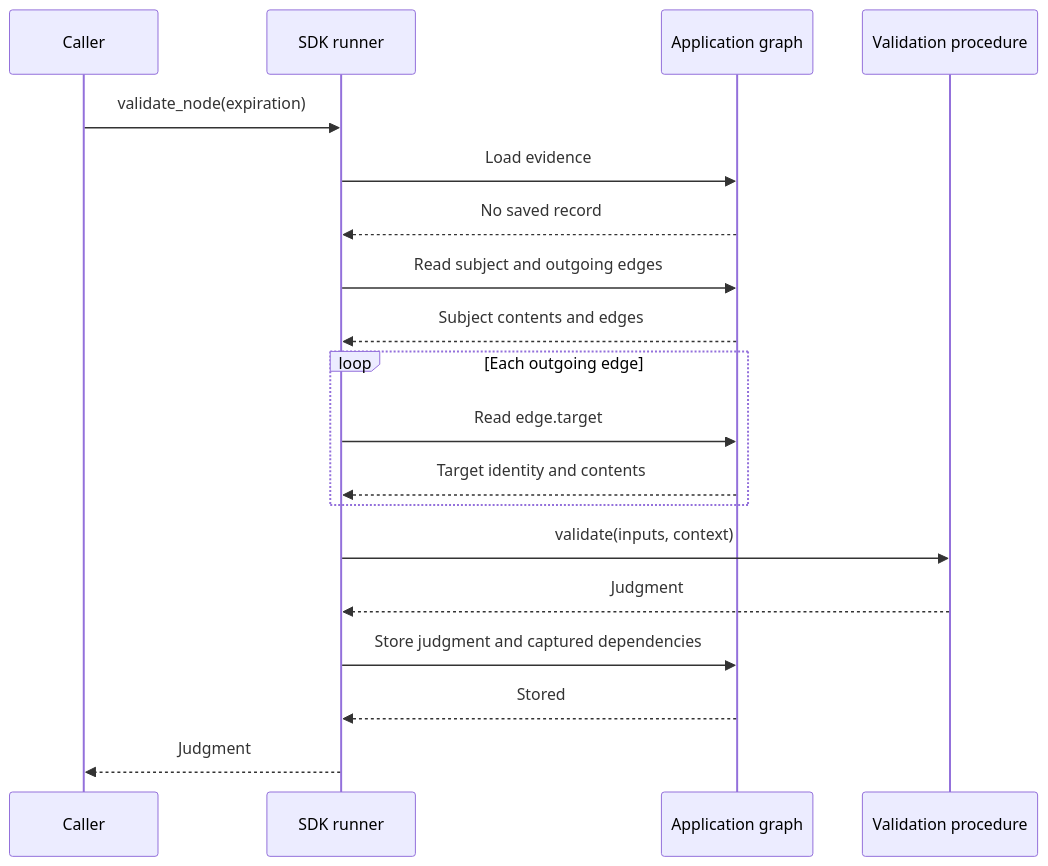
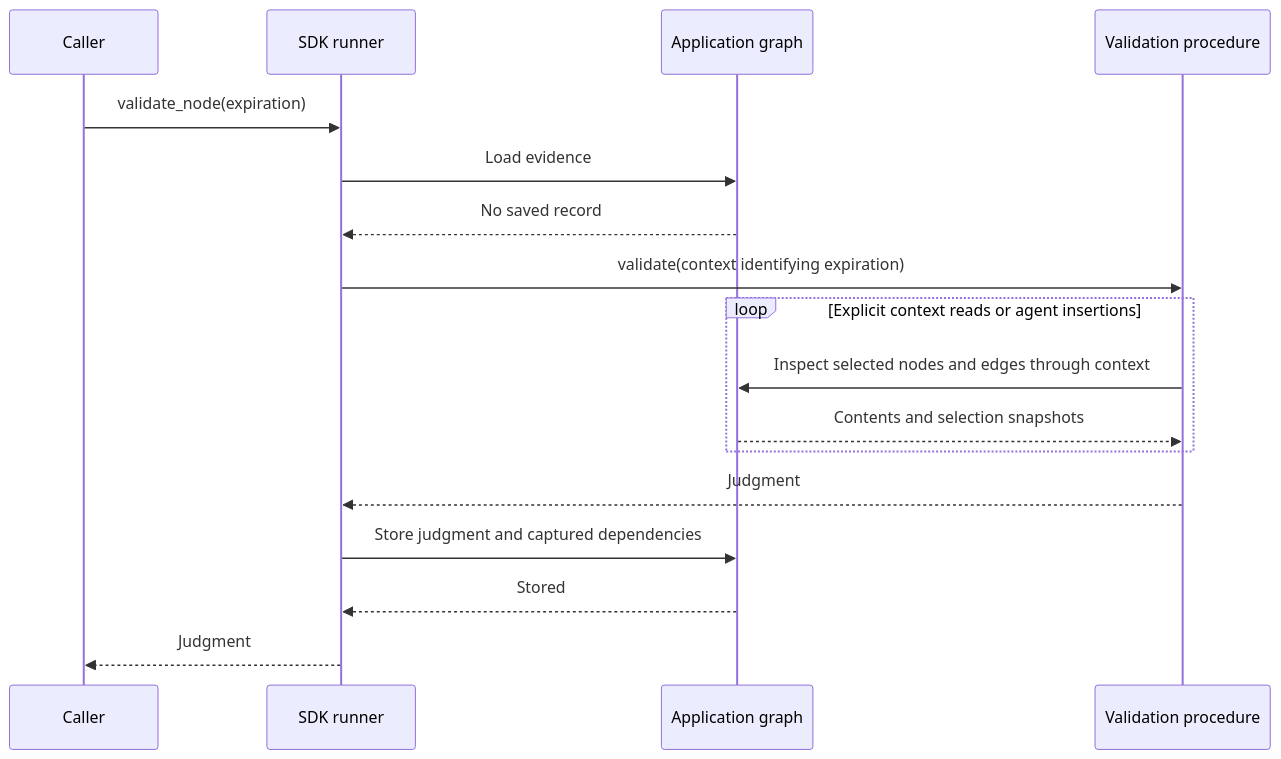
The first of 2 diagrams in md/requirements/sdk/graph/validation.md (nikomatsakis/habeas-codicem), drawn with Mermaid before and after one commit. The commit also changed other lines of this file and 11 other files, not shown here.

First line of the commit message:
Specify explicit SDK inputs and Habeas evidence compatibility

````diff
--- a/md/requirements/sdk/graph/validation.md
+++ b/md/requirements/sdk/graph/validation.md
@@ -30,21 +30,19 @@
 ```mermaid
 sequenceDiagram
     participant C as Caller
     participant R as SDK runner
     participant G as Application graph
     participant P as Validation procedure
     C->>R: validate_node(expiration)
     R->>G: Load evidence
     G-->>R: No saved record
-    R->>G: Read subject and outgoing edges
-    G-->>R: Subject contents and edges
-    loop Each outgoing edge
-        R->>G: Read edge.target
-        G-->>R: Target identity and contents
+    R->>P: validate(context identifying expiration)
+    loop Explicit context reads or agent insertions
+        P->>G: Inspect selected nodes and edges through context
+        G-->>P: Contents and selection snapshots
     end
-    R->>P: validate(inputs, context)
     P-->>R: Judgment
     R->>G: Store judgment and captured dependencies
     G-->>R: Stored
     R-->>C: Judgment
 ```
````
